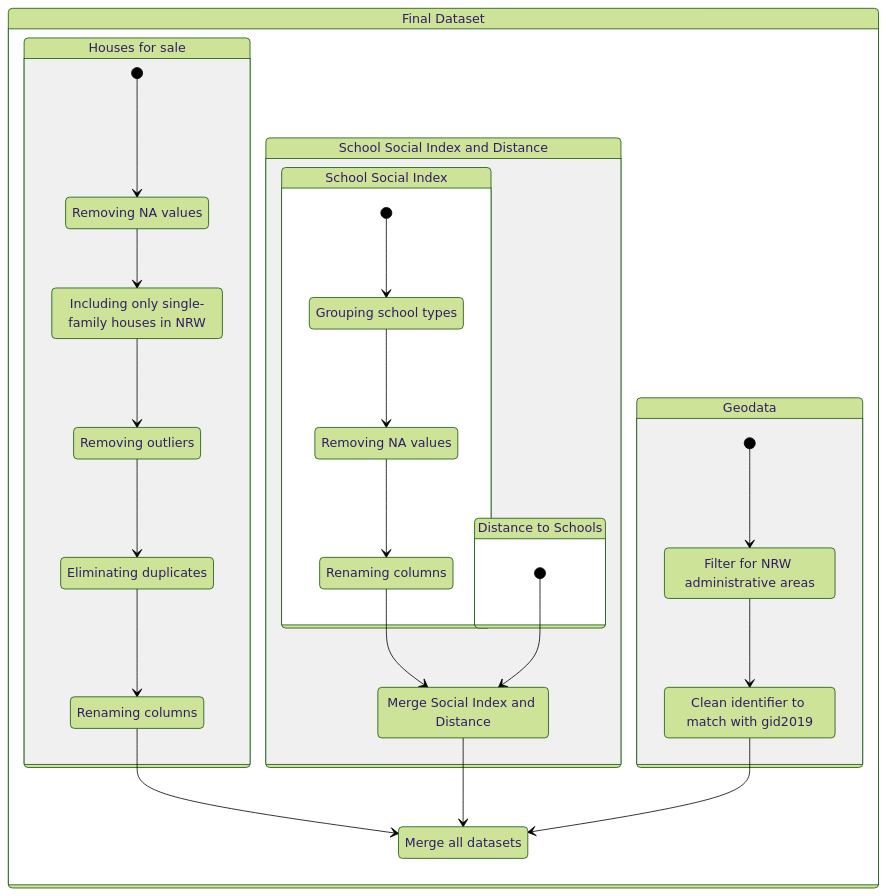
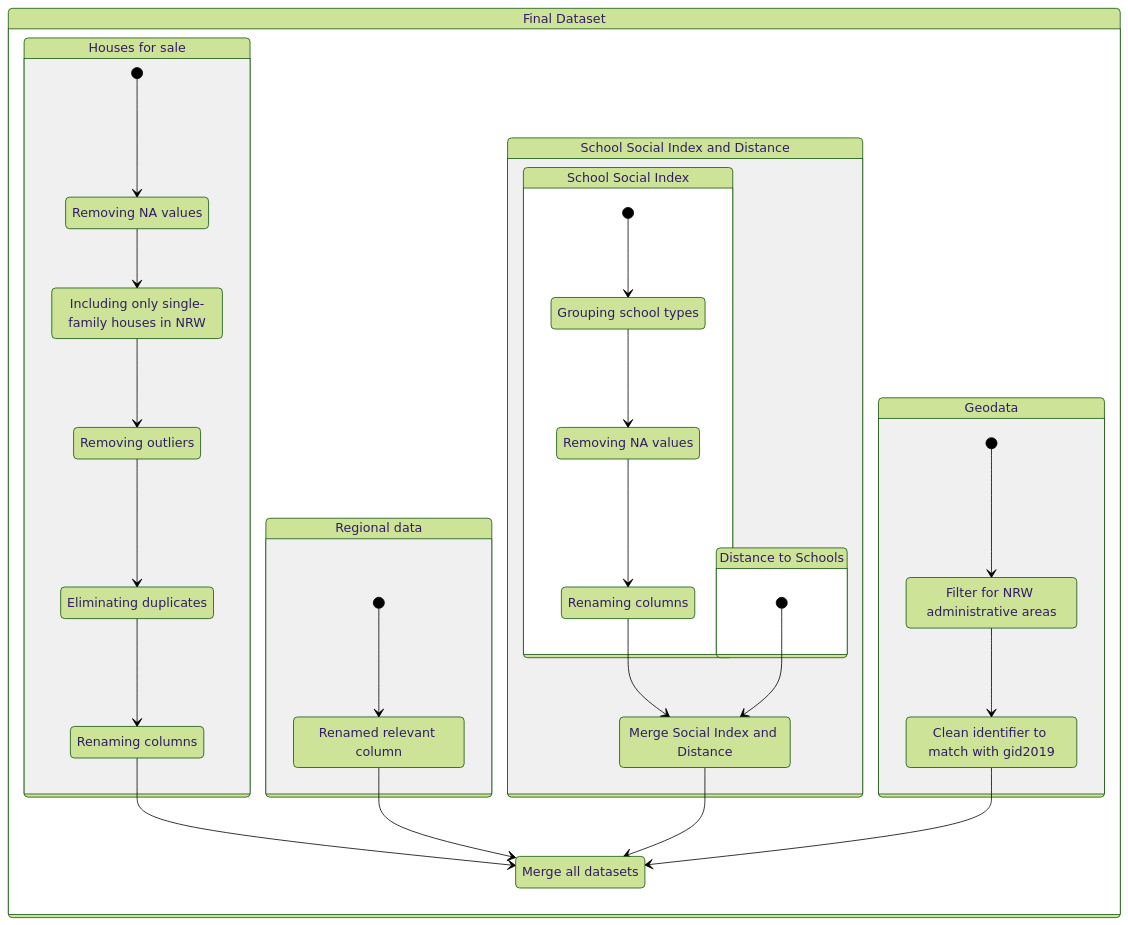
One commit to Sall2008/Data-Analysis-Using-R-Project- changed the first of 2 diagrams in presentation_results.qmd. Above: the diagram before and after it, drawn with Mermaid (forest theme). The commit also changed other lines of this file and 2 other files, not shown here.

Commit message:
Added references regarding the regional dataset and adjusted the figure in the presentation accordingly.

````diff
--- a/presentation_results.qmd
+++ b/presentation_results.qmd
@@ -262,63 +265,70 @@
 ```{mermaid}
 %%| fig-height: 2.6
 
 stateDiagram-v2
     direction LR
 
     Final: Final Dataset
     state Final {
         
         Housing: Houses for sale
         state Housing {
             [*] --> NA
             NA: Removing NA values
             NA --> File
             File: Including only single-family houses in NRW
             File --> Outl
             Outl: Removing outliers
             Outl --> Dedu
             Dedu: Eliminating duplicates 
             Dedu --> Muta
             Muta: Renaming columns
             Muta --> Merge
+        }
+        
+        Regional: Regional data
+        state Regional {
+          [*] --> Rename
+          Rename: Renamed relevant column
+          Rename --> Merge
         }
         
         School_Dist: School Social Index and Distance
         state School_Dist {
 
             Index: School Social Index
             state Index {
                 [*] --> Types
                 Types: Grouping school types
                 Types --> Remo
                 Remo: Removing NA values
                 Remo --> Muta2
                 Muta2: Renaming columns
                 Muta2 --> MergeSI
             }
 
 
             Dist: Distance to Schools
             state Dist {
                 [*] --> MergeSI
             }
             
             MergeSI: Merge Social Index and Distance
             MergeSI --> Merge
         }
         
         Geodata: 
         state Geodata {
                 [*] --> NRWarea
                 NRWarea: Filter for NRW administrative areas
                 NRWarea --> RemP
                 RemP: Clean identifier to match with gid2019
                 RemP --> Merge
         
         }
         
         Merge: Merge all datasets
 
     }
 
 ```
````
